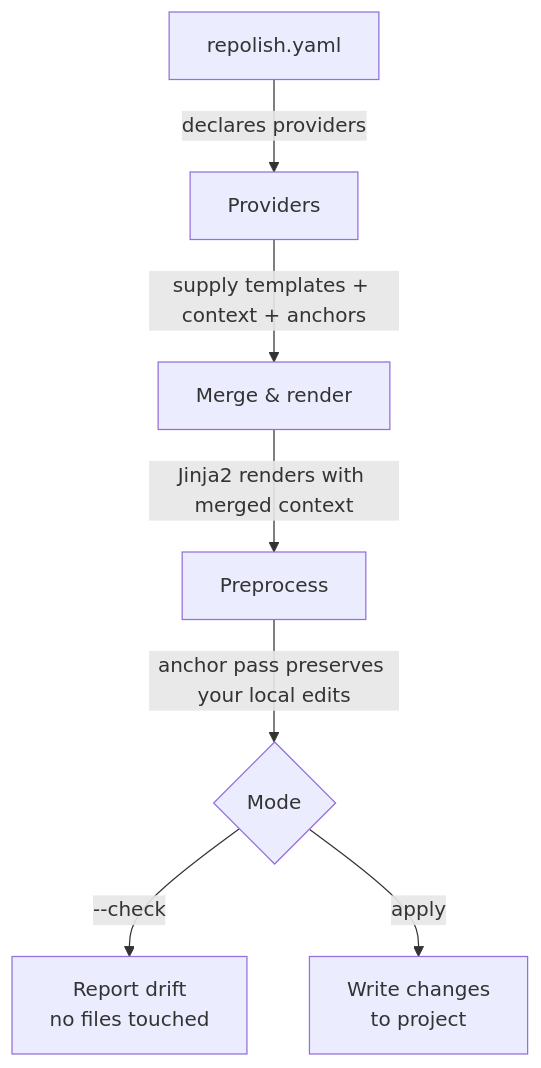
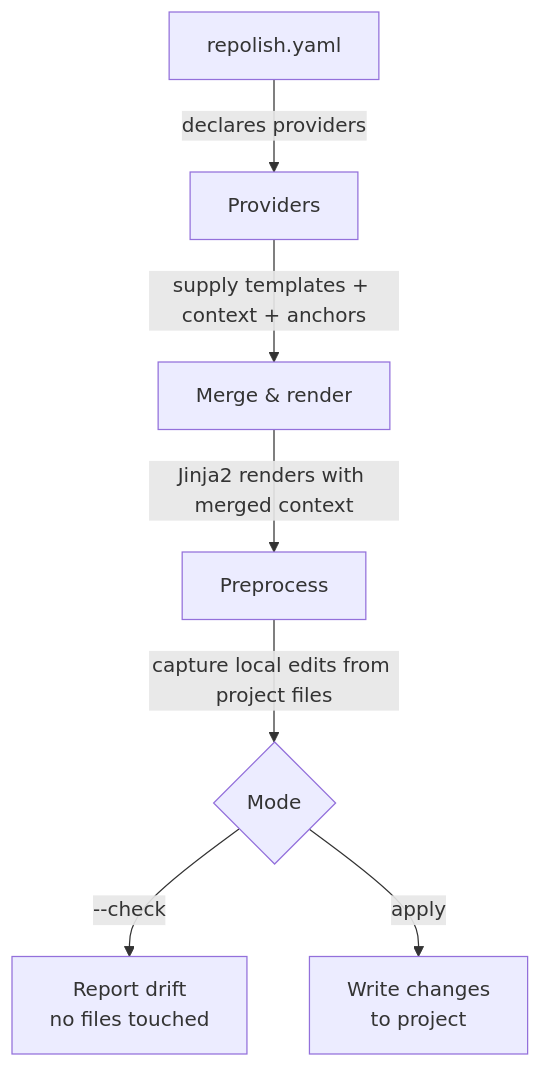
Before and after one commit to hotdog-werx/repolish: the diagram in docs/index.md, drawn with Mermaid. The commit also changed other lines of this file and 5 other files, not shown here.

````diff
--- a/docs/index.md
+++ b/docs/index.md
@@ -35,9 +36,9 @@
 ```mermaid
 flowchart TD
     A[repolish.yaml] -->|declares providers| B[Providers]
     B -->|supply templates + context + anchors| C[Merge & render]
     C -->|Jinja2 renders with merged context| D[Preprocess]
-    D -->|anchor pass preserves your local edits| E{Mode}
+    D -->|capture local edits from project files| E{Mode}
     E -->|--check| F[Report drift\nno files touched]
     E -->|apply| G[Write changes\nto project]
 ```
````
